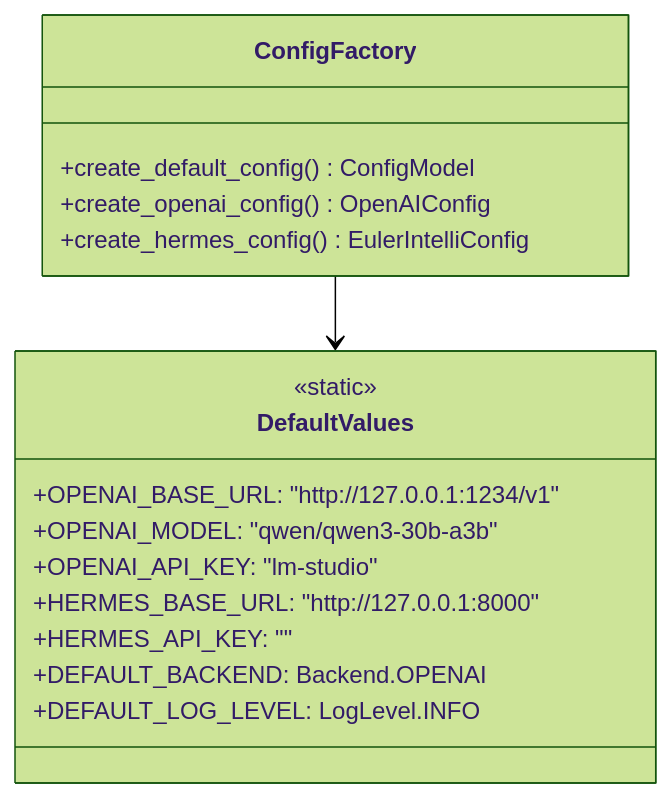
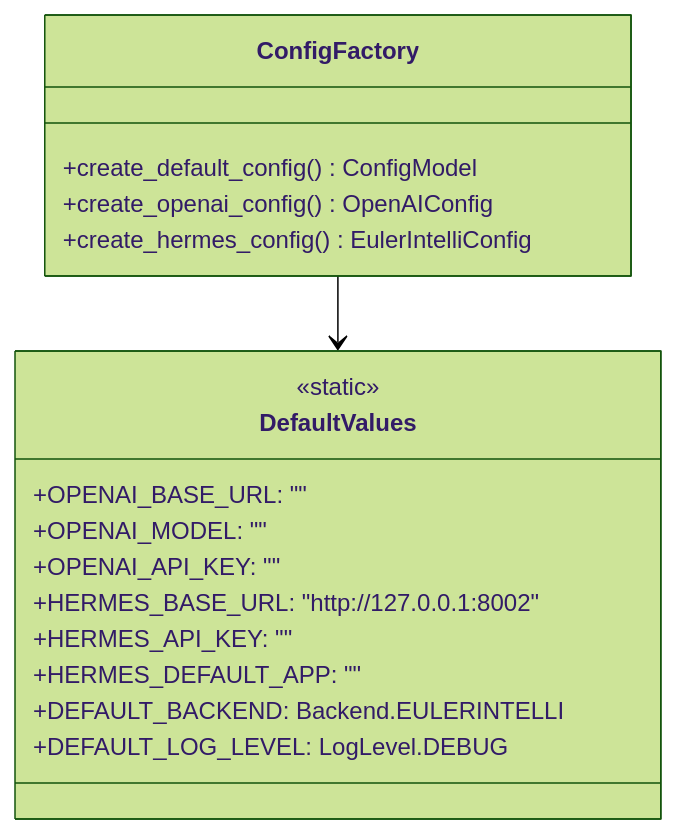
One commit to HongyuS/euler-copilot-shell changed the eighth of 9 diagrams in docs/development/配置管理模块设计.md. Above: the diagram before and after it, drawn with Mermaid (forest theme). The commit also changed other lines of this file and 3 other files, not shown here.

````diff
--- a/docs/development/配置管理模块设计.md
+++ b/docs/development/配置管理模块设计.md
@@ -229,21 +239,22 @@
 ```mermaid
 classDiagram
     class DefaultValues {
         <<static>>
-        +OPENAI_BASE_URL: "http://127.0.0.1:1234/v1"
-        +OPENAI_MODEL: "qwen/qwen3-30b-a3b"
-        +OPENAI_API_KEY: "lm-studio"
-        +HERMES_BASE_URL: "http://127.0.0.1:8000"
+        +OPENAI_BASE_URL: ""
+        +OPENAI_MODEL: ""
+        +OPENAI_API_KEY: ""
+        +HERMES_BASE_URL: "http://127.0.0.1:8002"
         +HERMES_API_KEY: ""
-        +DEFAULT_BACKEND: Backend.OPENAI
-        +DEFAULT_LOG_LEVEL: LogLevel.INFO
+        +HERMES_DEFAULT_APP: ""
+        +DEFAULT_BACKEND: Backend.EULERINTELLI
+        +DEFAULT_LOG_LEVEL: LogLevel.DEBUG
     }
     
     class ConfigFactory {
         +create_default_config() ConfigModel
         +create_openai_config() OpenAIConfig
         +create_hermes_config() EulerIntelliConfig
     }
     
     ConfigFactory --> DefaultValues
 ```
````
